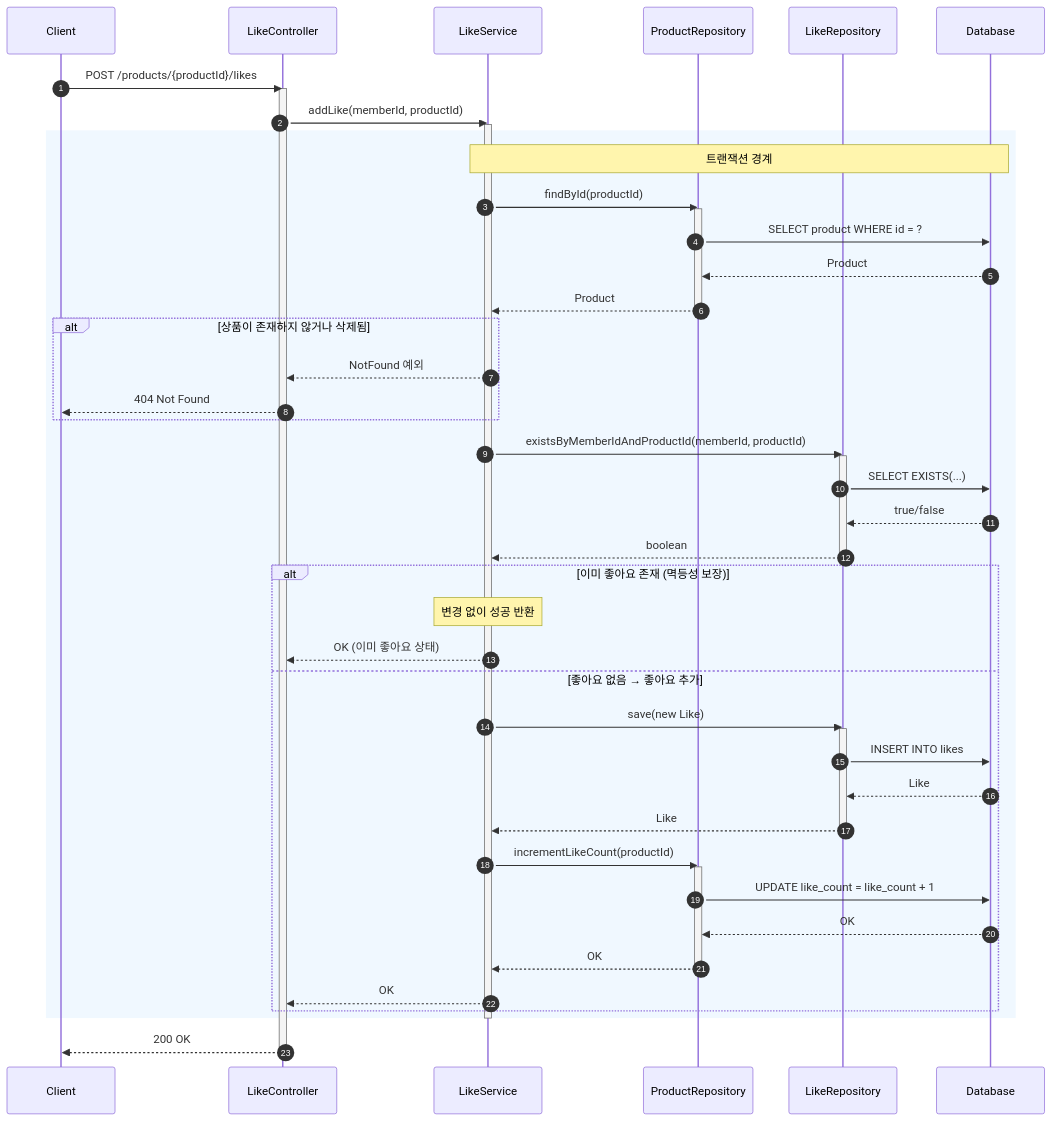
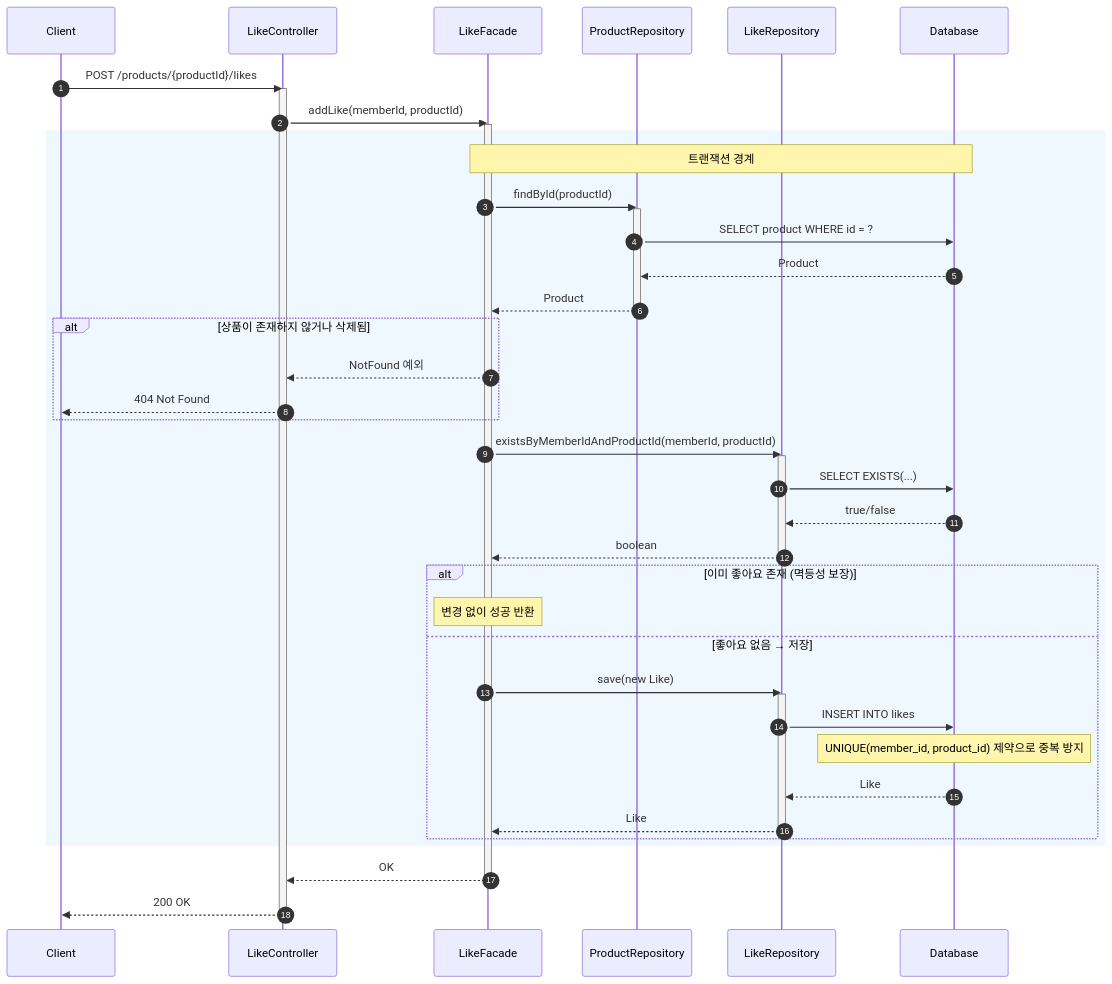
The second of 8 diagrams in docs/design/02-sequence-diagrams.md (Loopers-dev-lab/loop-pack-be-l2-vol3-java), drawn with Mermaid before and after one commit. The commit also changed other lines of this file and 3 other files, not shown here.

````diff
--- a/docs/design/02-sequence-diagrams.md
+++ b/docs/design/02-sequence-diagrams.md
@@ -117,63 +149,55 @@
 ```mermaid
 sequenceDiagram
     autonumber
     participant Client
     participant Controller as LikeController
-    participant Service as LikeService
+    participant Facade as LikeFacade
     participant ProductRepo as ProductRepository
     participant LikeRepo as LikeRepository
     participant DB as Database
 
     Client->>Controller: POST /products/{productId}/likes
     activate Controller
-    Controller->>Service: addLike(memberId, productId)
-    activate Service
+    Controller->>Facade: addLike(memberId, productId)
+    activate Facade
 
     rect rgb(240, 248, 255)
-        Note over Service,DB: 트랜잭션 경계
+        Note over Facade,DB: 트랜잭션 경계
 
-        Service->>ProductRepo: findById(productId)
+        Facade->>ProductRepo: findById(productId)
         activate ProductRepo
         ProductRepo->>DB: SELECT product WHERE id = ?
         DB-->>ProductRepo: Product
-        ProductRepo-->>Service: Product
+        ProductRepo-->>Facade: Product
         deactivate ProductRepo
 
         alt 상품이 존재하지 않거나 삭제됨
-            Service-->>Controller: NotFound 예외
+            Facade-->>Controller: NotFound 예외
             Controller-->>Client: 404 Not Found
         end
 
-        Service->>LikeRepo: existsByMemberIdAndProductId(memberId, productId)
+        Facade->>LikeRepo: existsByMemberIdAndProductId(memberId, productId)
         activate LikeRepo
         LikeRepo->>DB: SELECT EXISTS(...)
         DB-->>LikeRepo: true/false
-        LikeRepo-->>Service: boolean
+        LikeRepo-->>Facade: boolean
         deactivate LikeRepo
 
         alt 이미 좋아요 존재 (멱등성 보장)
-            Note over Service: 변경 없이 성공 반환
-            Service-->>Controller: OK (이미 좋아요 상태)
-        else 좋아요 없음 → 좋아요 추가
-            Service->>LikeRepo: save(new Like)
+            Note over Facade: 변경 없이 성공 반환
+        else 좋아요 없음 → 저장
+            Facade->>LikeRepo: save(new Like)
             activate LikeRepo
             LikeRepo->>DB: INSERT INTO likes
+            Note over DB: UNIQUE(member_id, product_id) 제약으로 중복 방지
             DB-->>LikeRepo: Like
-            LikeRepo-->>Service: Like
+            LikeRepo-->>Facade: Like
             deactivate LikeRepo
-
-            Service->>ProductRepo: incrementLikeCount(productId)
-            activate ProductRepo
-            ProductRepo->>DB: UPDATE like_count = like_count + 1
-            DB-->>ProductRepo: OK
-            ProductRepo-->>Service: OK
-            deactivate ProductRepo
-
-            Service-->>Controller: OK
         end
     end
 
-    deactivate Service
+    Facade-->>Controller: OK
+    deactivate Facade
     Controller-->>Client: 200 OK
     deactivate Controller
 ```
````
